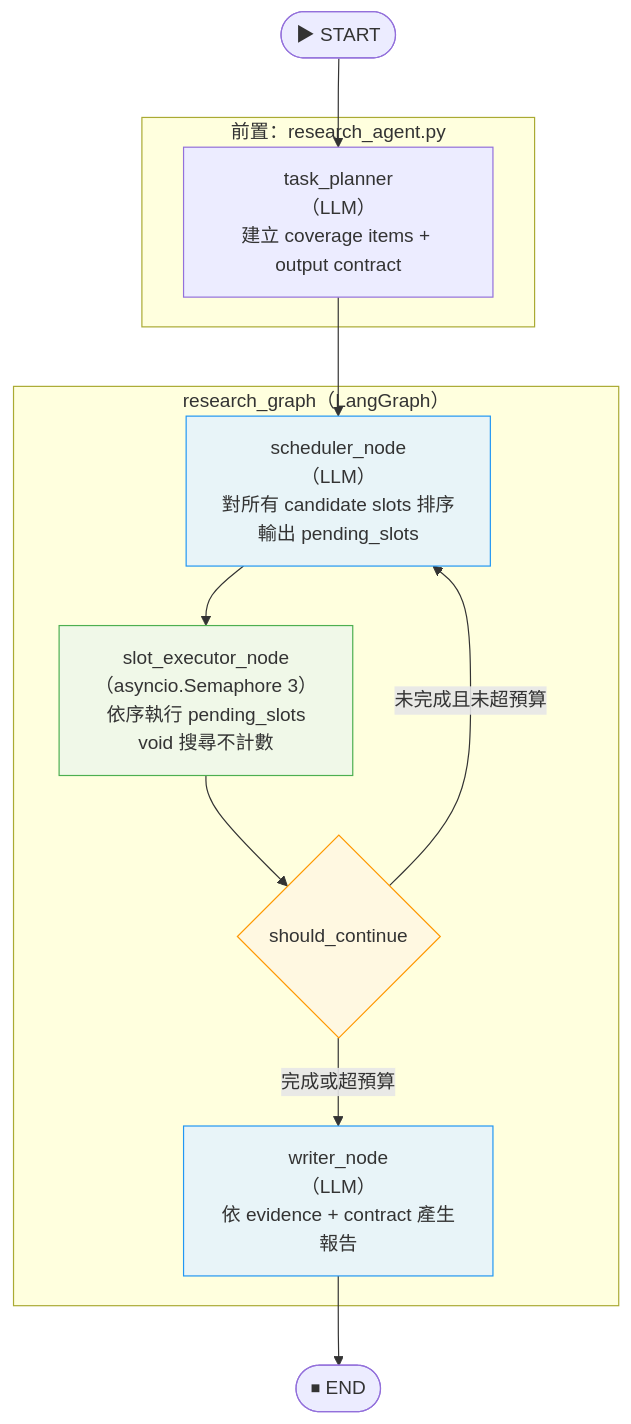
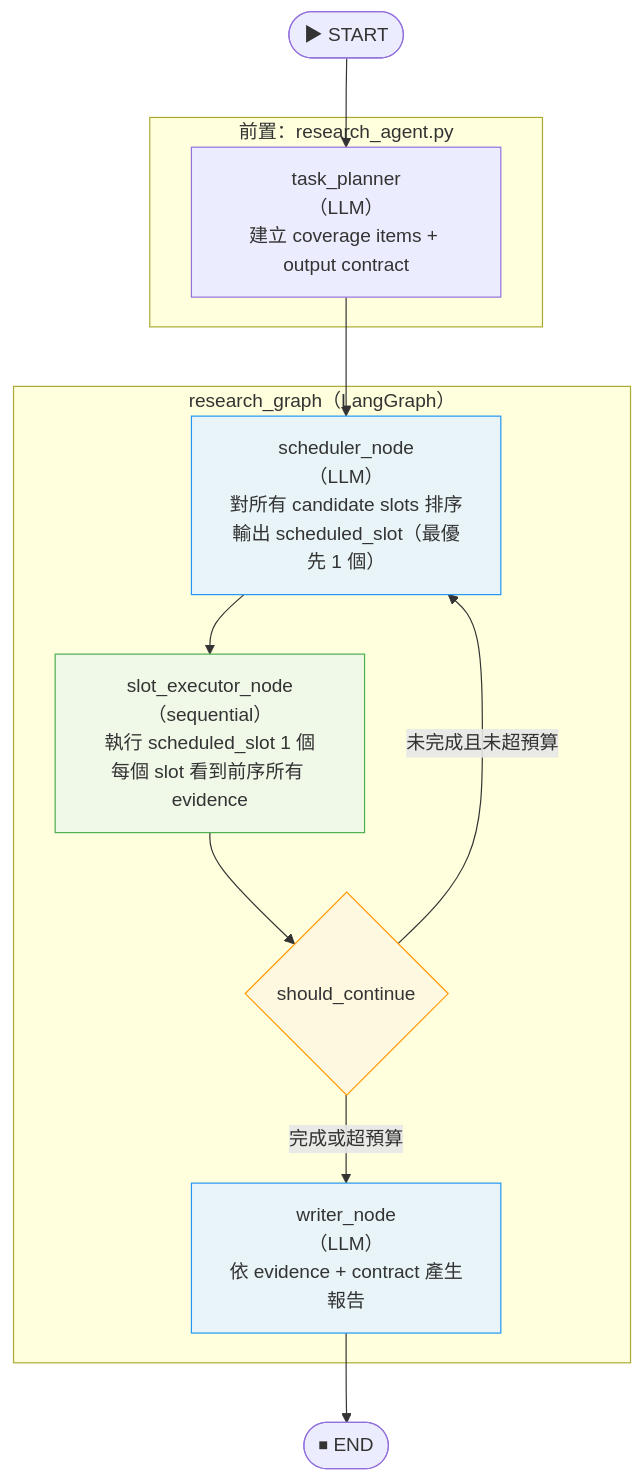
One commit to clairechien0627/ncu_ai_guidance changed the second of 6 diagrams in ARCHITECTURE.md. Above: the diagram before and after it, drawn with Mermaid. The commit also changed other lines of this file and 1 other file, not shown here.

First line of the commit message:
Update ARCHITECTURE.md and README.md to reflect sequential executor

````diff
--- a/ARCHITECTURE.md
+++ b/ARCHITECTURE.md
@@ -151,28 +151,28 @@
 ```mermaid
 flowchart TD
     START([▶ START]) --> TP
 
     subgraph PRE["前置：research_agent.py"]
         TP["task_planner<br>（LLM）<br>建立 coverage items + output contract"]
     end
 
     TP --> SCH
 
     subgraph GRAPH["research_graph（LangGraph）"]
-        SCH["scheduler_node<br>（LLM）<br>對所有 candidate slots 排序<br>輸出 pending_slots"]
-        EX["slot_executor_node<br>（asyncio.Semaphore 3）<br>依序執行 pending_slots<br>void 搜尋不計數"]
+        SCH["scheduler_node<br>（LLM）<br>對所有 candidate slots 排序<br>輸出 scheduled_slot（最優先 1 個）"]
+        EX["slot_executor_node<br>（sequential）<br>執行 scheduled_slot 1 個<br>每個 slot 看到前序所有 evidence"]
         SC{should_continue}
         WRI["writer_node<br>（LLM）<br>依 evidence + contract 產生報告"]
     end
 
     SCH --> EX
     EX --> SC
     SC -->|"未完成且未超預算"| SCH
     SC -->|"完成或超預算"| WRI
     WRI --> END([⏹ END])
 
     style SCH fill:#e8f4f8,stroke:#2196F3
     style EX fill:#f0f8e8,stroke:#4CAF50
     style SC fill:#fff8e1,stroke:#FF9800
     style WRI fill:#e8f4f8,stroke:#2196F3
 ```
````
